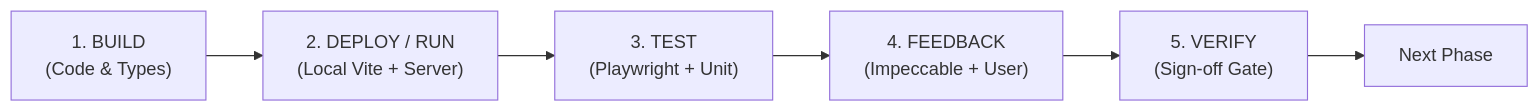
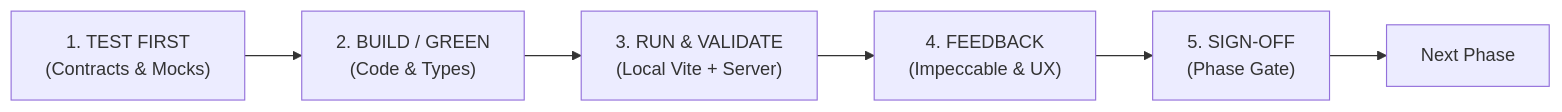
The first of 2 diagrams in docs/Locus-Implementation-Plan.md (Marni3/Locus), drawn with Mermaid before and after one commit. The commit also changed other lines of this file and 1 other file, not shown here.

Commit message:
docs: integrate 3-tier TDD architecture, human prompt evaluation, and deep security audit into implementation plan

````diff
--- a/docs/Locus-Implementation-Plan.md
+++ b/docs/Locus-Implementation-Plan.md
@@ -11,8 +11,8 @@
 ```mermaid
 flowchart LR
-    Build["1. BUILD\n(Code & Types)"] --> Deploy["2. DEPLOY / RUN\n(Local Vite + Server)"]
-    Deploy --> Test["3. TEST\n(Playwright + Unit)"]
-    Test --> Feedback["4. FEEDBACK\n(Impeccable + User)"]
-    Feedback --> Verify["5. VERIFY\n(Sign-off Gate)"]
+    TestFirst["1. TEST FIRST\n(Contracts & Mocks)"] --> Build["2. BUILD / GREEN\n(Code & Types)"]
+    Build --> Deploy["3. RUN & VALIDATE\n(Local Vite + Server)"]
+    Deploy --> Feedback["4. FEEDBACK\n(Impeccable & UX)"]
+    Feedback --> Verify["5. SIGN-OFF\n(Phase Gate)"]
     Verify --> NextPhase["Next Phase"]
 ```
````
